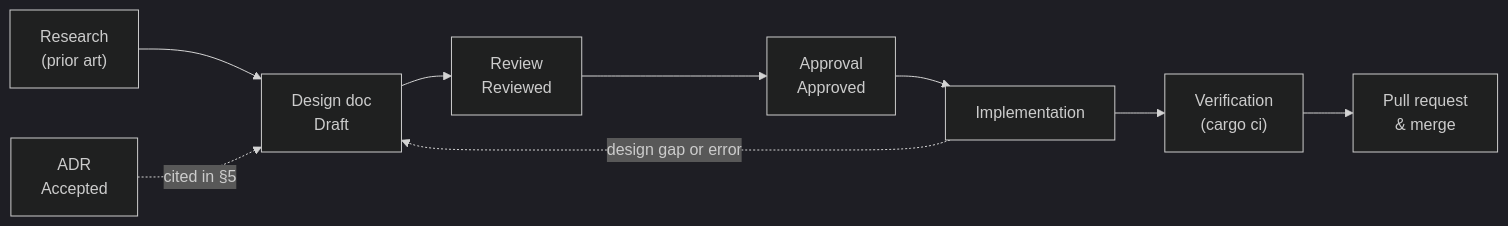
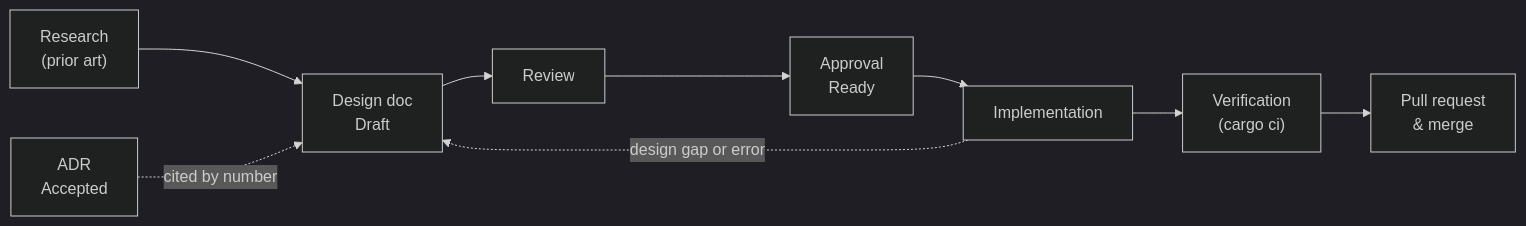
The diagram in CONTRIBUTING.md (Dyse-Industries/control-rs), drawn with Mermaid (dark theme) before and after one commit. The commit also changed other lines of this file and 11 other files, not shown here.

````diff
--- a/CONTRIBUTING.md
+++ b/CONTRIBUTING.md
@@ -20,11 +20,11 @@
 ```mermaid
 flowchart LR
     R["Research<br/>(prior art)"] --> D["Design doc<br/>Draft"]
-    D --> V["Review<br/>Reviewed"]
-    V --> A["Approval<br/>Approved"]
+    D --> V["Review"]
+    V --> A["Approval<br/>Ready"]
     A --> I["Implementation"]
     I --> Q["Verification<br/>(cargo ci)"]
     Q --> M["Pull request<br/>& merge"]
     I -. "design gap or error" .-> D
-    X["ADR<br/>Accepted"] -. "cited in §5" .-> D
+    X["ADR<br/>Accepted"] -. "cited by number" .-> D
 ```
````
